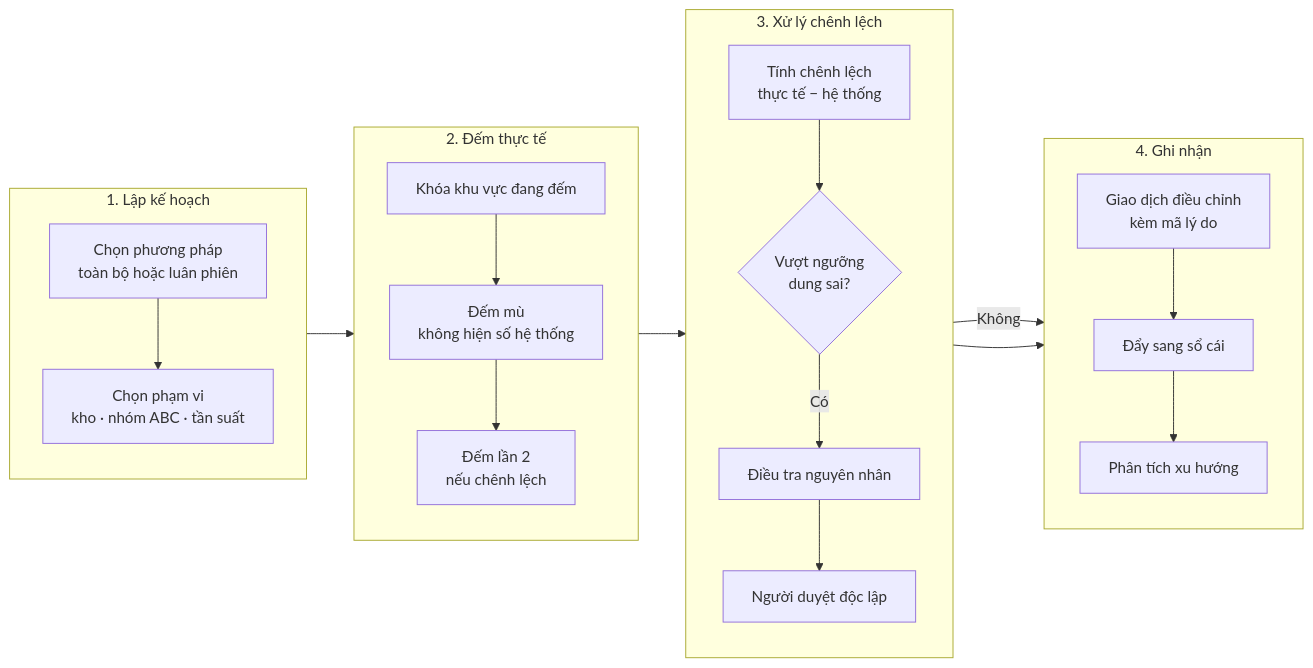
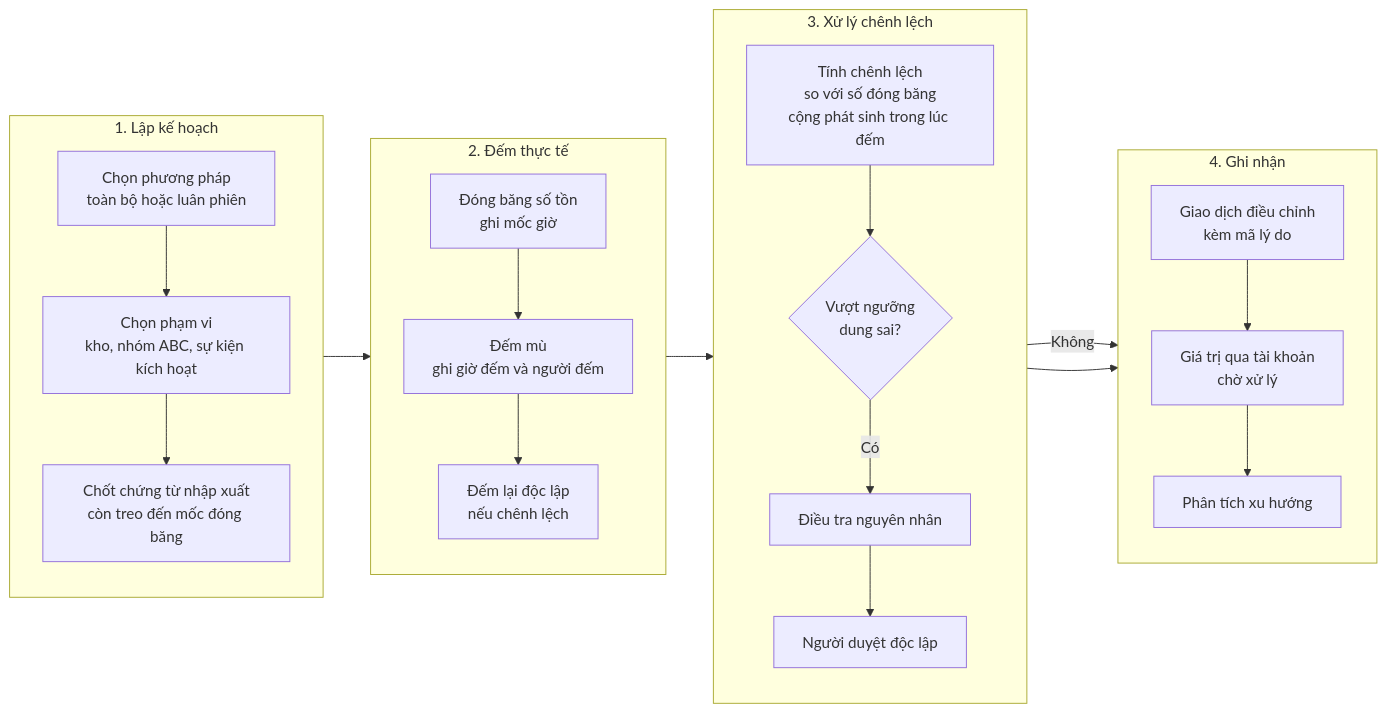
The diagram in docs/erp-nghiep-vu/1-kho/5000-kiem-ke-va-dieu-chinh.md (thanvanhai/thanvanhai.github.io), drawn with Mermaid before and after one commit. The commit also changed other lines of this file and 5 other files, not shown here.

````diff
--- a/docs/erp-nghiep-vu/1-kho/5000-kiem-ke-va-dieu-chinh.md
+++ b/docs/erp-nghiep-vu/1-kho/5000-kiem-ke-va-dieu-chinh.md
@@ -32,38 +35,39 @@
 ```mermaid
 flowchart LR
     subgraph PLAN["1. Lập kế hoạch"]
         direction TB
         P1["Chọn phương pháp<br/>toàn bộ hoặc luân phiên"]
-        P2["Chọn phạm vi<br/>kho · nhóm ABC · tần suất"]
-        P1 --> P2
+        P2["Chọn phạm vi<br/>kho, nhóm ABC, sự kiện kích hoạt"]
+        P3["Chốt chứng từ nhập xuất<br/>còn treo đến mốc đóng băng"]
+        P1 --> P2 --> P3
     end
 
     subgraph COUNT["2. Đếm thực tế"]
         direction TB
-        C1["Khóa khu vực đang đếm"]
-        C2["Đếm mù<br/>không hiện số hệ thống"]
-        C3["Đếm lần 2<br/>nếu chênh lệch"]
+        C1["Đóng băng số tồn<br/>ghi mốc giờ"]
+        C2["Đếm mù<br/>ghi giờ đếm và người đếm"]
+        C3["Đếm lại độc lập<br/>nếu chênh lệch"]
         C1 --> C2 --> C3
     end
 
     subgraph RESOLVE["3. Xử lý chênh lệch"]
         direction TB
-        R1["Tính chênh lệch<br/>thực tế − hệ thống"]
+        R1["Tính chênh lệch<br/>so với số đóng băng<br/>cộng phát sinh trong lúc đếm"]
         R2{"Vượt ngưỡng<br/>dung sai?"}
         R3["Điều tra nguyên nhân"]
         R4["Người duyệt độc lập"]
         R1 --> R2
         R2 -->|Có| R3 --> R4
     end
 
     subgraph POST["4. Ghi nhận"]
         direction TB
         G1["Giao dịch điều chỉnh<br/>kèm mã lý do"]
-        G2["Đẩy sang sổ cái"]
+        G2["Giá trị qua tài khoản<br/>chờ xử lý"]
         G3["Phân tích xu hướng"]
         G1 --> G2 --> G3
     end
 
     PLAN --> COUNT --> RESOLVE --> POST
     R2 -->|Không| G1
 ```
````
